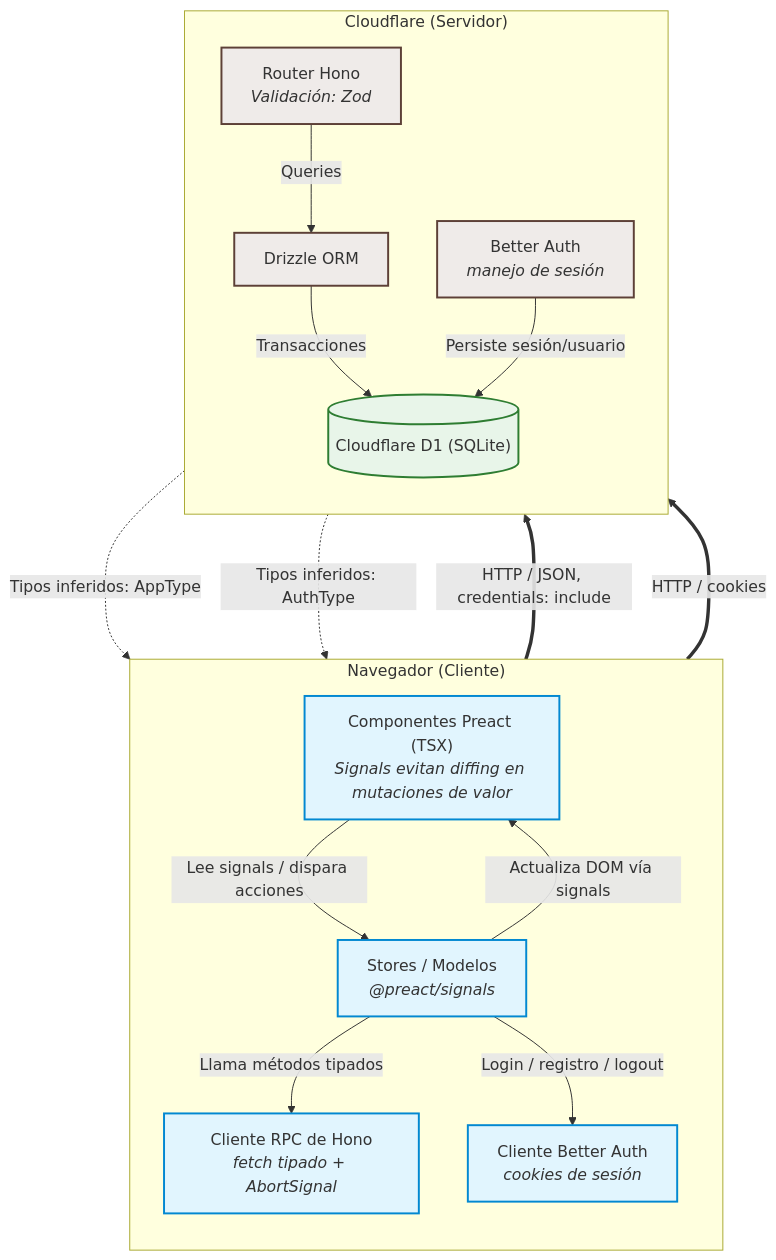
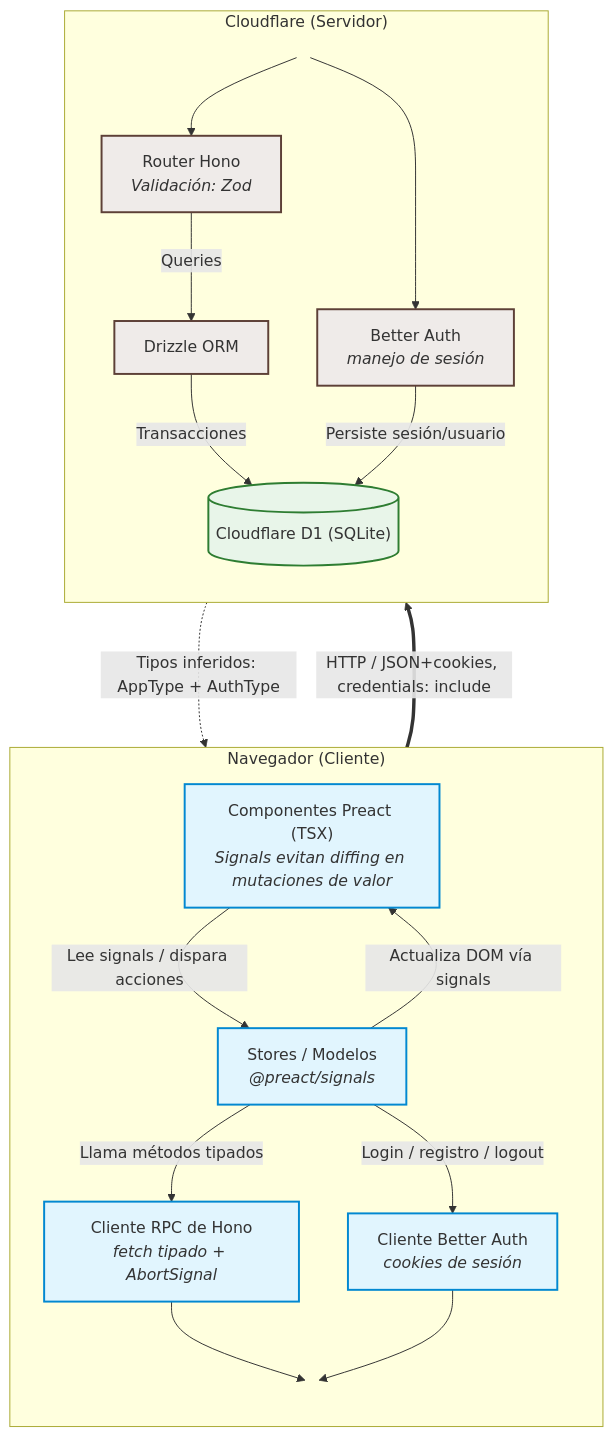
The diagram in README.md (HernandezDev/taskflow-app), drawn with Mermaid before and after one commit.

Commit message:
fix(docs): visualizacion de arquitectura

````diff
--- a/README.md
+++ b/README.md
@@ -43,39 +43,45 @@
 ```mermaid
 graph TD
     subgraph Browser["Navegador (Cliente)"]
         direction TB
         UI["Componentes Preact (TSX)<br/><i>Signals evitan diffing en mutaciones de valor</i>"]
         State["Stores / Modelos<br/><i>@preact/signals</i>"]
         RPC["Cliente RPC de Hono<br/><i>fetch tipado + AbortSignal</i>"]
         AuthC["Cliente Better Auth<br/><i>cookies de sesión</i>"]
+        ClientGate(( ))
 
         UI -->|Lee signals / dispara acciones| State
         State -->|Actualiza DOM vía signals| UI
         State -->|Llama métodos tipados| RPC
         State -->|Login / registro / logout| AuthC
+        RPC --> ClientGate
+        AuthC --> ClientGate
     end
 
     subgraph Edge["Cloudflare (Servidor)"]
         direction TB
+        ServerGate(( ))
         API["Router Hono<br/><i>Validación: Zod</i>"]
         Auth["Better Auth<br/><i>manejo de sesión</i>"]
         ORM["Drizzle ORM"]
         D1[("Cloudflare D1 (SQLite)")]
 
+        ServerGate --> API
+        ServerGate --> Auth
         API -->|Queries| ORM
         ORM -->|Transacciones| D1
         Auth -->|Persiste sesión/usuario| D1
     end
 
-    RPC ===>|HTTP / JSON, credentials: include| API
-    AuthC ===>|HTTP / cookies| Auth
-    API -.->|Tipos inferidos: AppType| RPC
-    Auth -.->|Tipos inferidos: AuthType| AuthC
+    ClientGate ===>|HTTP / JSON+cookies, credentials: include| ServerGate
+    ServerGate -.->|Tipos inferidos: AppType + AuthType| ClientGate
 
     classDef client fill:#e1f5fe,stroke:#0288d1,stroke-width:2px;
     classDef server fill:#efebe9,stroke:#5d4037,stroke-width:2px;
     classDef database fill:#e8f5e9,stroke:#2e7d32,stroke-width:2px;
+    classDef gate fill:none,stroke:none;
     class UI,State,RPC,AuthC client;
     class API,Auth,ORM server;
     class D1 database;
+    class ClientGate,ServerGate gate;
 ```
````
